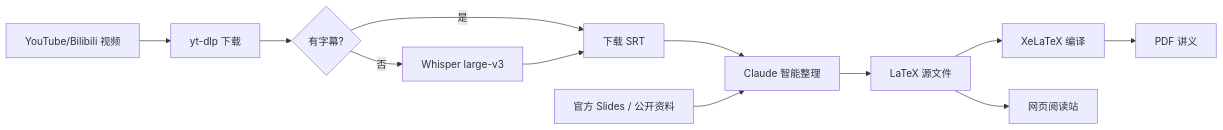
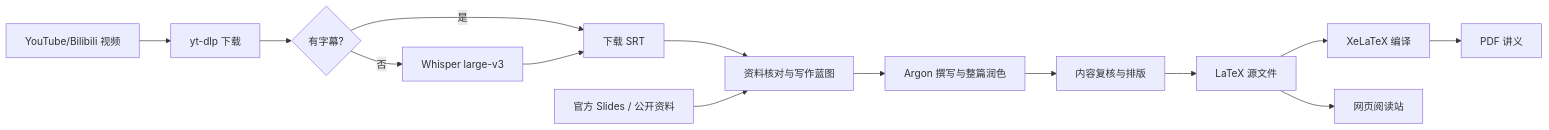
One commit to hqhq1025/ai-course-notes changed the diagram in README.md. Above: the diagram before and after it, drawn with Mermaid. The commit also changed other lines of this file and 9 other files, not shown here.

````diff
--- a/README.md
+++ b/README.md
@@ -256,14 +256,16 @@
 ```mermaid
 graph LR
     A[YouTube/Bilibili 视频] --> B[yt-dlp 下载]
     B --> C{有字幕?}
     C -->|是| D[下载 SRT]
     C -->|否| E[Whisper large-v3]
     E --> D
-    D --> F[Claude 智能整理]
+    D --> F[资料核对与写作蓝图]
     G[官方 Slides / 公开资料] --> F
-    F --> H[LaTeX 源文件]
+    F --> W[Argon 撰写与整篇润色]
+    W --> Q[内容复核与排版]
+    Q --> H[LaTeX 源文件]
     H --> I[XeLaTeX 编译]
     I --> J[PDF 讲义]
     H --> K[网页阅读站]
 ```
````
